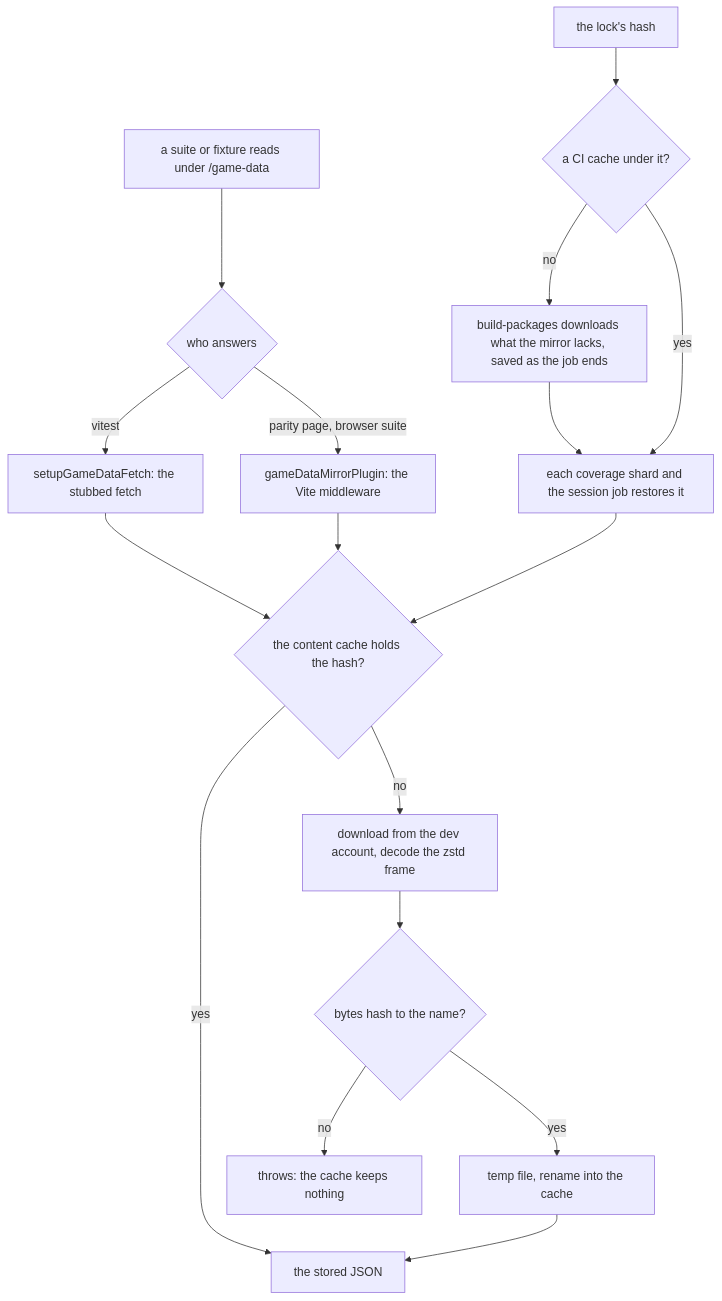
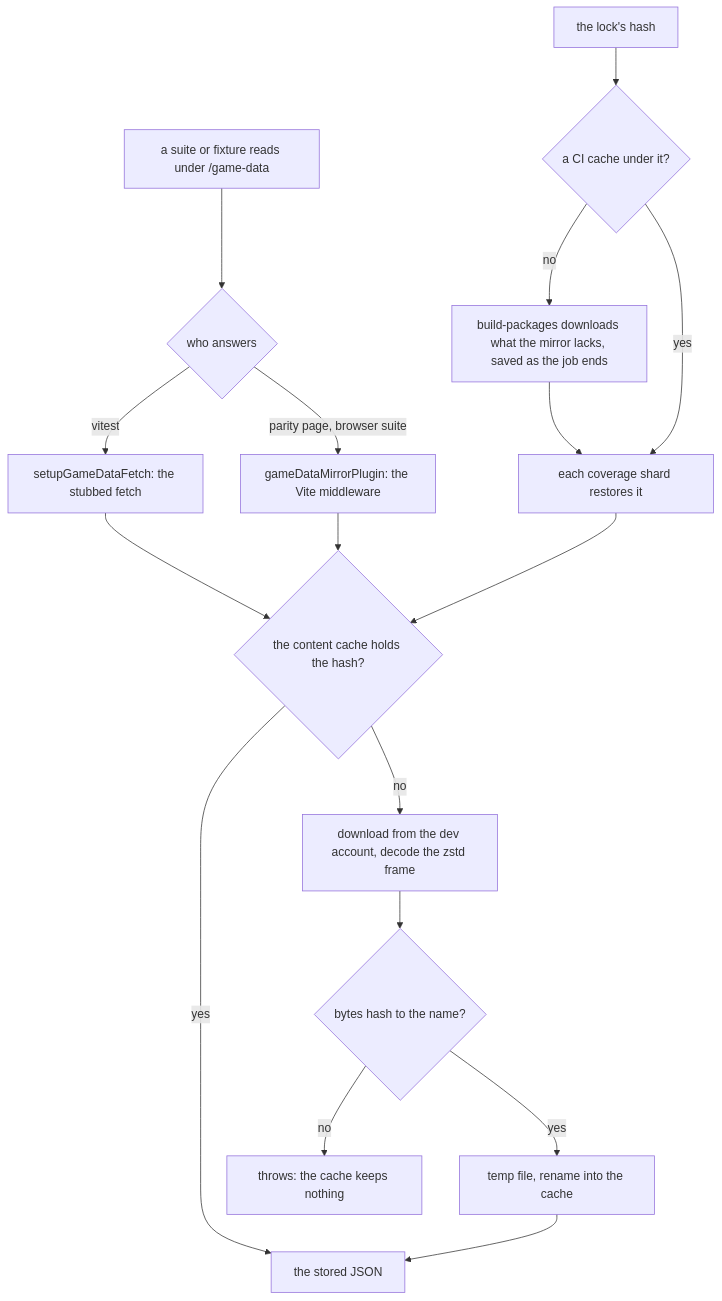
The fifth of 5 diagrams in openspec/specs/genshin/hosted-game-data/design.md (Esposter/Esposter), drawn with Mermaid before and after one commit. The commit also changed other lines of this file and 10 other files, not shown here.

````diff
--- a/openspec/specs/genshin/hosted-game-data/design.md
+++ b/openspec/specs/genshin/hosted-game-data/design.md
@@ -190,19 +190,19 @@
 ```mermaid
 flowchart TD
   Suite["a suite or fixture reads under /game-data"] --> Route{"who answers"}
   Route -->|vitest| Fetch["setupGameDataFetch: the stubbed fetch"]
   Route -->|"parity page, browser suite"| Middleware["gameDataMirrorPlugin: the Vite middleware"]
   Fetch --> Mirror{"the content cache holds the hash?"}
   Middleware --> Mirror
   Mirror -->|yes| Serve["the stored JSON"]
   Mirror -->|no| Download["download from the dev account, decode the zstd frame"]
   Download --> Hash{"bytes hash to the name?"}
   Hash -->|no| Refuse["throws: the cache keeps nothing"]
   Hash -->|yes| Store["temp file, rename into the cache"]
   Store --> Serve
   Lock["the lock's hash"] --> Cached{"a CI cache under it?"}
   Cached -->|no| Fill["build-packages downloads what the mirror lacks, saved as the job ends"]
-  Cached -->|yes| Restore["each coverage shard and the session job restores it"]
+  Cached -->|yes| Restore["each coverage shard restores it"]
   Fill --> Restore
   Restore --> Mirror
 ```
````
